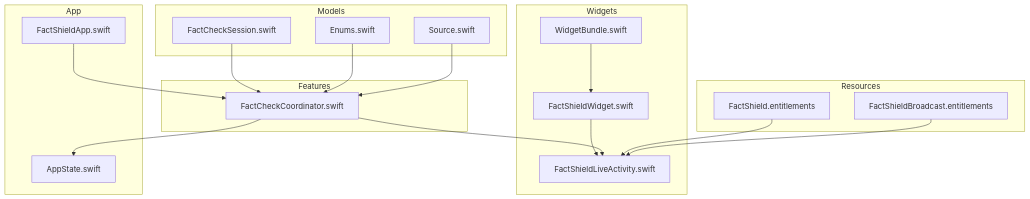
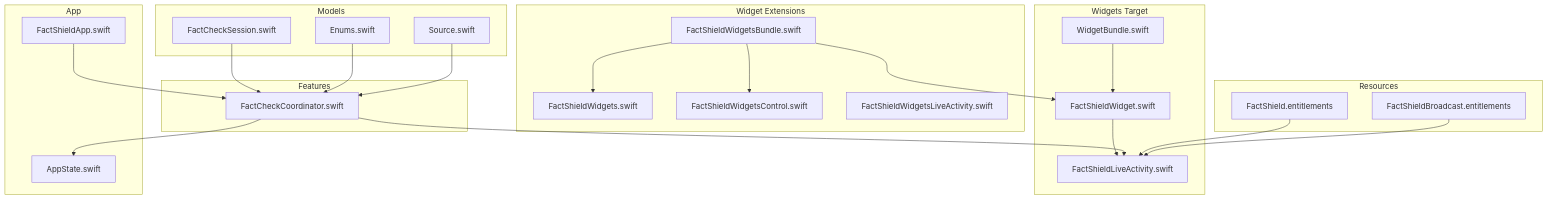
One commit to alexandreybasta-cyber/factshield-ios changed the first of 4 diagrams in .qoder/repowiki/en/content/Live Activity Integration/Widget Development.md. Above: the diagram before and after it, drawn with Mermaid. The commit also changed other lines of this file and 97 other files, not shown here.

````diff
--- a/.qoder/repowiki/en/content/Live Activity Integration/Widget Development.md
+++ b/.qoder/repowiki/en/content/Live Activity Integration/Widget Development.md
@@ -43,34 +58,43 @@
 ```mermaid
 graph TB
-subgraph "Widgets"
+subgraph "Widgets Target"
 WBundle["WidgetBundle.swift"]
-WWidget["FactShieldWidget.swift"]
-WAttrs["FactShieldLiveActivity.swift"]
+FW["FactShieldWidget.swift"]
+FWLA["FactShieldLiveActivity.swift"]
+end
+subgraph "Widget Extensions"
+WSB["FactShieldWidgetsBundle.swift"]
+WS["FactShieldWidgets.swift"]
+WSC["FactShieldWidgetsControl.swift"]
+WSLA["FactShieldWidgetsLiveActivity.swift"]
 end
 subgraph "Features"
 FC["FactCheckCoordinator.swift"]
 end
 subgraph "App"
 AS["AppState.swift"]
 FA["FactShieldApp.swift"]
 end
 subgraph "Models"
 FCS["FactCheckSession.swift"]
 ENS["Enums.swift"]
 SRC["Source.swift"]
 end
 subgraph "Resources"
 ENT["FactShield.entitlements"]
 BE["FactShieldBroadcast.entitlements"]
 end
-WBundle --> WWidget
-WWidget --> WAttrs
-FC --> WAttrs
+WBundle --> FW
+FW --> FWLA
+WSB --> WS
+WSB --> WSC
+WSB --> FW
+FC --> FWLA
 FC --> AS
 FA --> FC
 FCS --> FC
 ENS --> FC
 SRC --> FC
-ENT --> WAttrs
-BE --> WAttrs
+ENT --> FWLA
+BE --> FWLA
 ```
````
